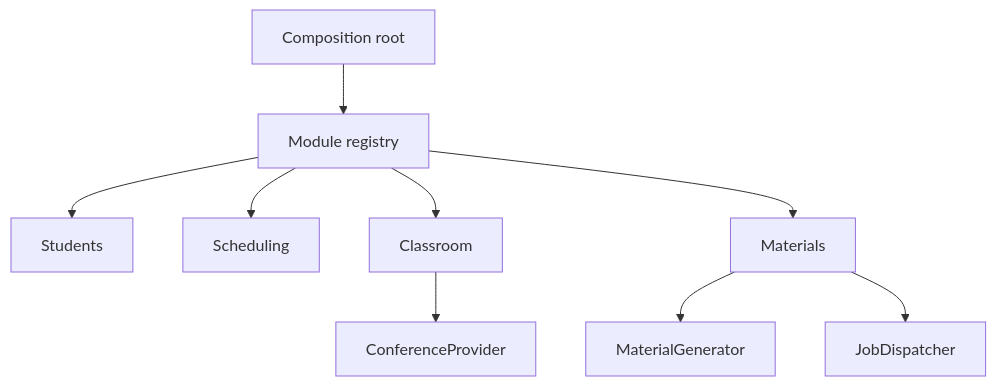
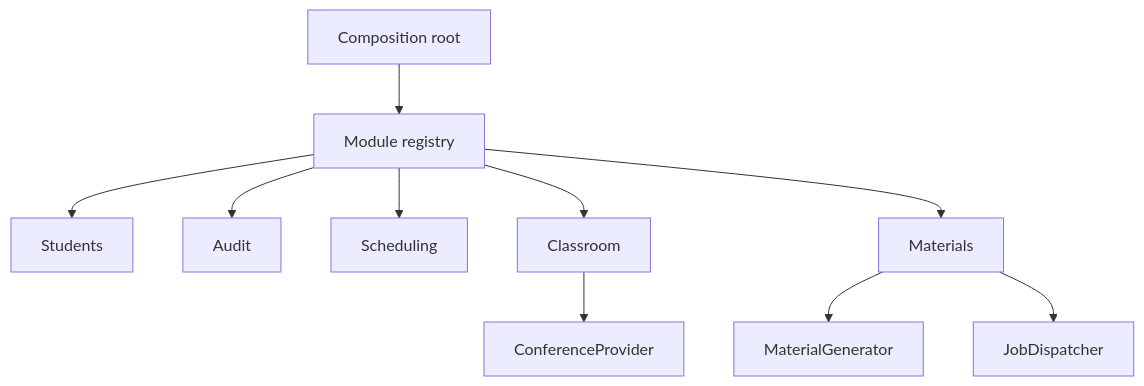
One commit to ArtemLevin/tutor-assistant-web changed the first of 4 diagrams in docs/architecture.md. Above: the diagram before and after it, drawn with Mermaid. The commit also changed other lines of this file and 34 other files, not shown here.

````diff
--- a/docs/architecture.md
+++ b/docs/architecture.md
@@ -8,11 +8,12 @@
 ```mermaid
 flowchart TB
     App[Composition root] --> Registry[Module registry]
     Registry --> Students[Students]
+    Registry --> Audit[Audit]
     Registry --> Schedule[Scheduling]
     Registry --> Classroom[Classroom]
     Registry --> Materials[Materials]
     Classroom --> Conference[ConferenceProvider]
     Materials --> Generator[MaterialGenerator]
     Materials --> Jobs[JobDispatcher]
 ```
````
